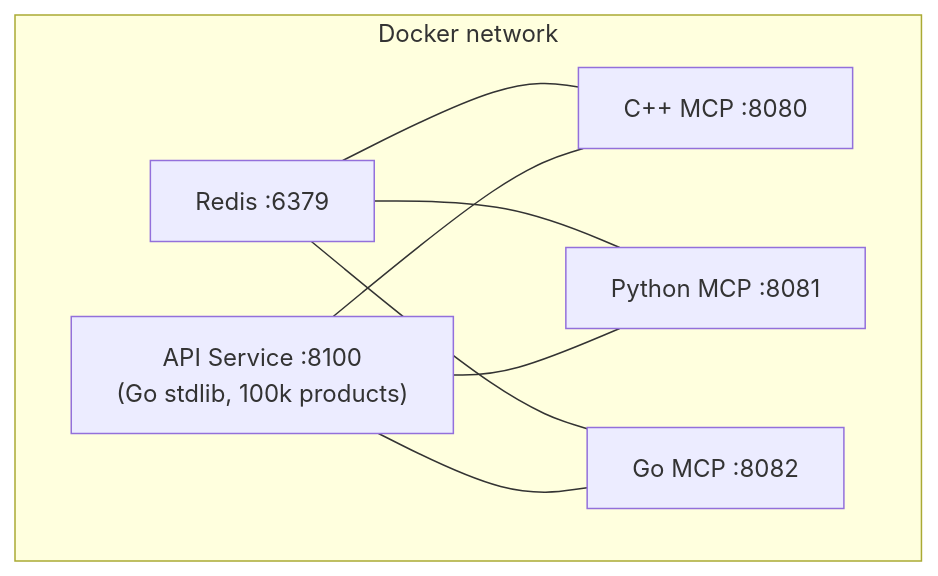
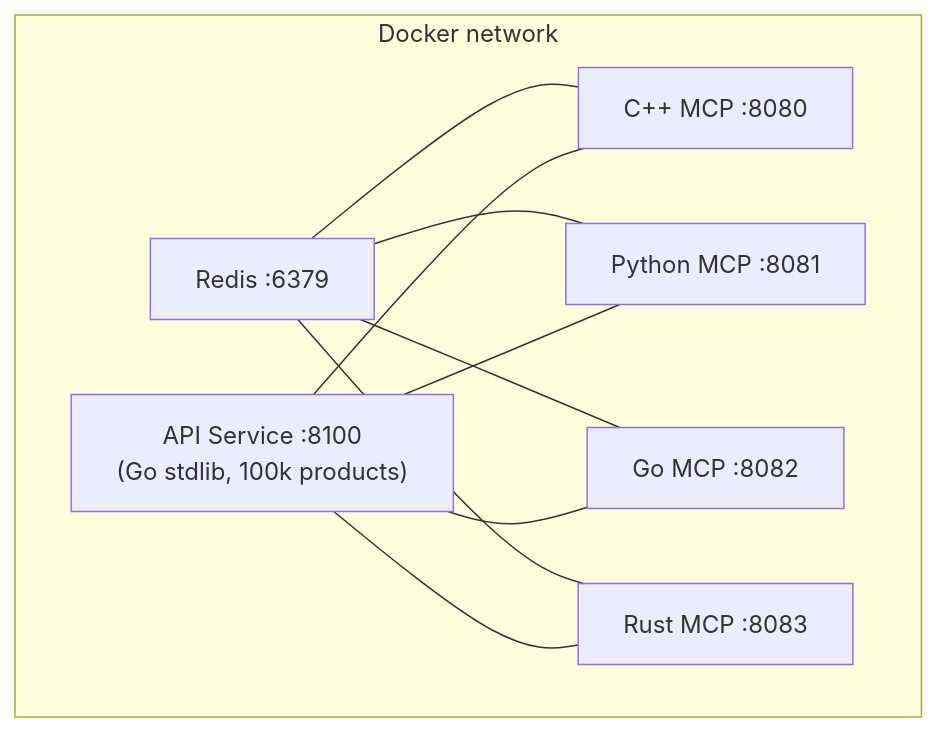
Before and after one commit to yurirocha15/mcp-cpp-sdk: the diagram in benchmark/README.md, drawn with Mermaid. The commit also changed other lines of this file and 14 other files, not shown here.

````diff
--- a/benchmark/README.md
+++ b/benchmark/README.md
@@ -56,17 +61,20 @@
 ```mermaid
 graph TD
     subgraph Docker network
         Redis["Redis :6379"]
         API["API Service :8100<br/>(Go stdlib, 100k products)"]
         CPP["C++ MCP :8080"]
         Python["Python MCP :8081"]
         Go["Go MCP :8082"]
+        Rust["Rust MCP :8083"]
     end
 
     Redis --- CPP
     Redis --- Python
     Redis --- Go
+    Redis --- Rust
     API --- CPP
     API --- Python
     API --- Go
+    API --- Rust
 ```
````
